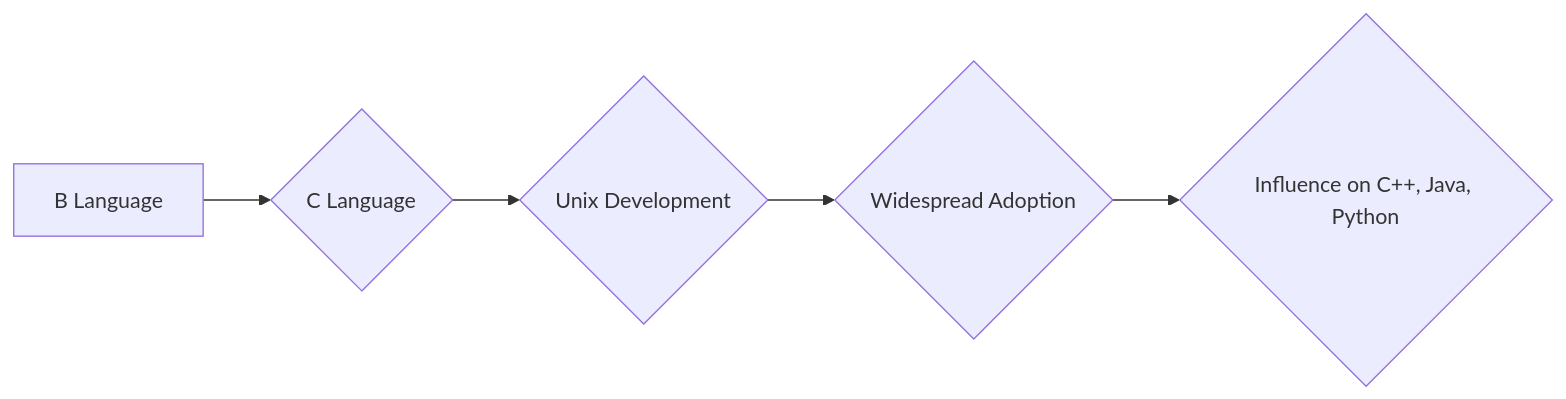
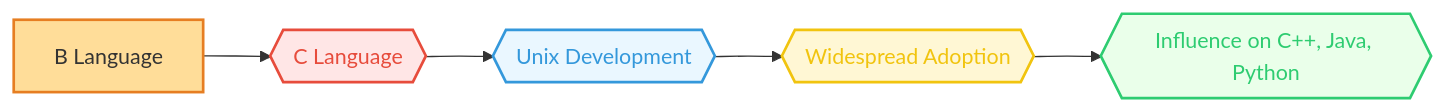
One commit to infoyouth/infoyouth.github.io changed the first of 3 diagrams in _posts/2024-11-04-c-language-basics.md. Above: the diagram before and after it, drawn with Mermaid. The commit also changed other lines of this file, not shown here.

````diff
--- a/_posts/2024-11-04-c-language-basics.md
+++ b/_posts/2024-11-04-c-language-basics.md
@@ -58,7 +58,14 @@
 ```mermaid
 graph LR
-    A[B Language] --> B{C Language}
-    B --> C{Unix Development}
-    C --> D{Widespread Adoption}
-    D --> E{Influence on C++, Java, Python}
+    A[B Language] --> B{{<span style="color:#e74c3c">C Language</span>}}
+    B --> C{{<span style="color:#3498db">Unix Development</span>}}
+    C --> D{{<span style="color:#f1c40f">Widespread Adoption</span>}}
+    D --> E{{<span style="color:#2ecc71">Influence on C++, Java, Python</span>}}
+    
+    style A fill:#ffdd99,stroke:#e67e22,stroke-width:2px;
+    style B fill:#ffe6e6,stroke:#e74c3c,stroke-width:2px;
+    style C fill:#eaf7ff,stroke:#3498db,stroke-width:2px;
+    style D fill:#fff7d4,stroke:#f1c40f,stroke-width:2px;
+    style E fill:#eaffea,stroke:#2ecc71,stroke-width:2px;
+
 ```
````
